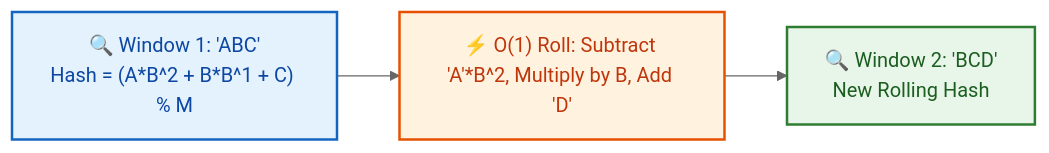
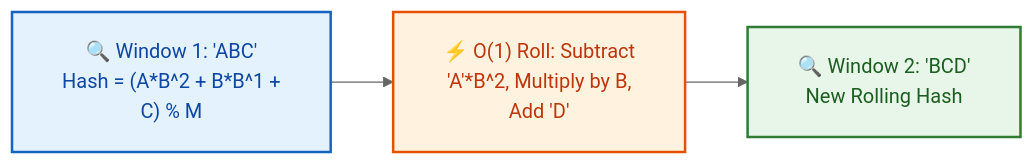
The seventh of 7 diagrams in week_03_foundations_iii_sorting_and_hashing/Week_03_Visual_Concepts_Playbook_HYBRID.md (dip4k/DSA_102), drawn with Mermaid (neutral theme) before and after one commit. The commit also changed other lines of this file and 108 other files, not shown here.

First line of the commit message:
fix(mermaid): resolve diagram clipping, padding, and syntax issues across repo

````diff
--- a/week_03_foundations_iii_sorting_and_hashing/Week_03_Visual_Concepts_Playbook_HYBRID.md
+++ b/week_03_foundations_iii_sorting_and_hashing/Week_03_Visual_Concepts_Playbook_HYBRID.md
@@ -524,12 +530,13 @@
 ```mermaid
+%%{init: {"flowchart": {"htmlLabels": true, "padding": 20}}}%%
 flowchart LR
     classDef win fill:#e3f2fd,stroke:#1565c0,stroke-width:2px,color:#0d47a1
     classDef roll fill:#fff3e0,stroke:#e65100,stroke-width:2px,color:#bf360c
     classDef nextWin fill:#e8f5e9,stroke:#2e7d32,stroke-width:2px,color:#1b5e20
 
-    W1["🔍 Window 1: 'ABC'<br/>Hash = (A*B^2 + B*B^1 + C) % M"]:::win
-    Roll["⚡ O(1) Roll: Subtract 'A'*B^2, Multiply by B, Add 'D'"]:::roll
+    W1["🔍 Window 1: 'ABC'<br/>Hash = (A*B^2 + B*B^1 +<br/>C) % M"]:::win
+    Roll["⚡ O(1) Roll: Subtract<br/>'A'*B^2, Multiply by B,<br/>Add 'D'"]:::roll
     W2["🔍 Window 2: 'BCD'<br/>New Rolling Hash"]:::nextWin
 
     W1 --> Roll --> W2
 ```
````
